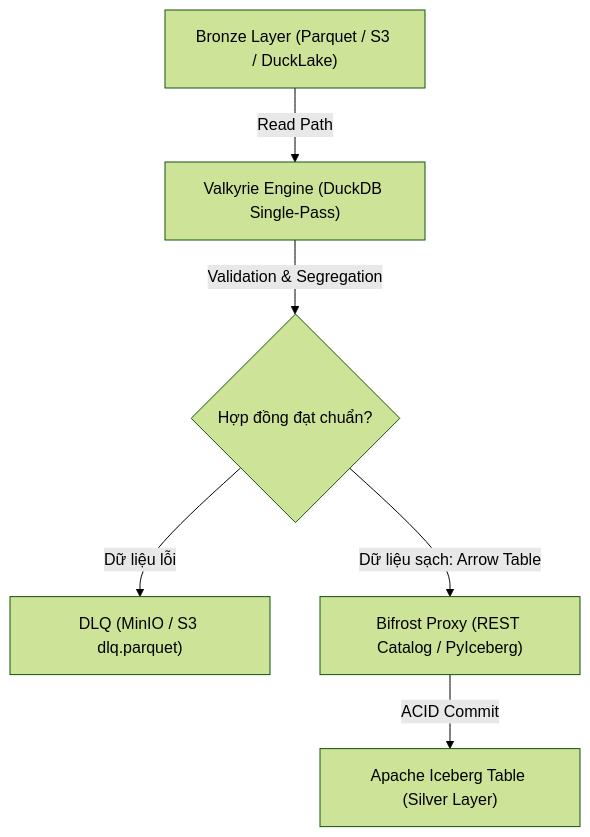
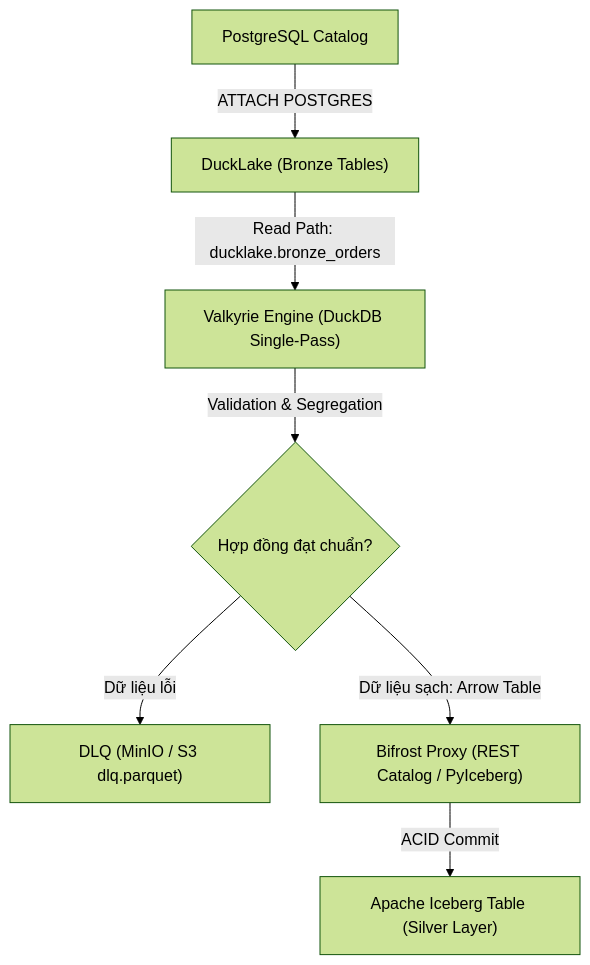
One commit to next0258456/valkyrie changed the diagram in docs/DE_GUIDE.md. Above: the diagram before and after it, drawn with Mermaid (forest theme). The commit also changed other lines of this file and 1 other file, not shown here.

Commit message:
docs: align read path with DuckLake ATTACH Postgres catalog in Yggdrasil architecture

````diff
--- a/docs/DE_GUIDE.md
+++ b/docs/DE_GUIDE.md
@@ -325,8 +325,9 @@
 ```mermaid
 flowchart TD
-    Bronze["Bronze Layer (Parquet / S3 / DuckLake)"] -->|Read Path| Valkyrie["Valkyrie Engine (DuckDB Single-Pass)"]
+    Postgres["PostgreSQL Catalog"] -->|ATTACH POSTGRES| DuckLake["DuckLake (Bronze Tables)"]
+    DuckLake -->|Read Path: ducklake.bronze_orders| Valkyrie["Valkyrie Engine (DuckDB Single-Pass)"]
     Valkyrie -->|Validation & Segregation| Decision{"Hợp đồng đạt chuẩn?"}
     Decision -->|Dữ liệu lỗi| DLQ["DLQ (MinIO / S3 dlq.parquet)"]
     Decision -->|Dữ liệu sạch: Arrow Table| Bifrost["Bifrost Proxy (REST Catalog / PyIceberg)"]
     Bifrost -->|ACID Commit| Silver["Apache Iceberg Table (Silver Layer)"]
 ```
````
